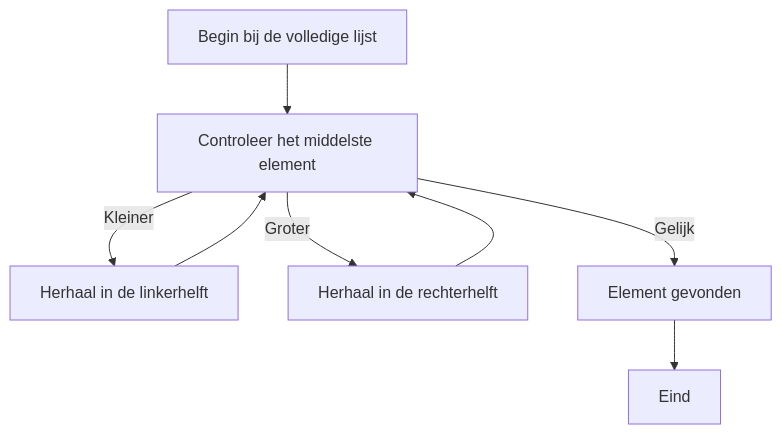
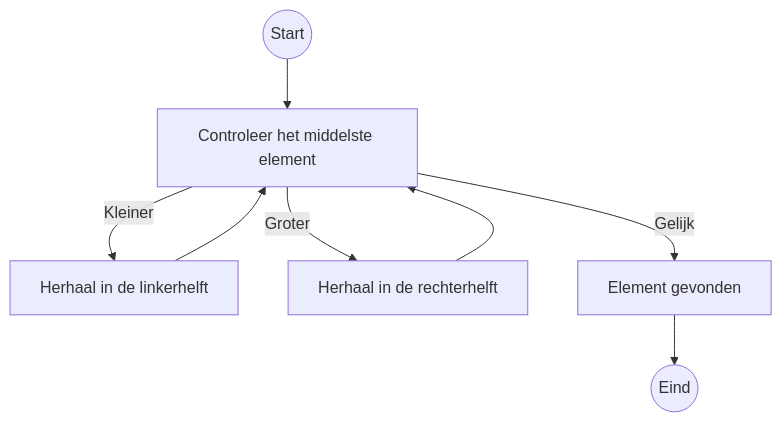
The diagram in H2/H2.md (verwo/algoritmes), drawn with Mermaid before and after one commit.

````diff
--- a/H2/H2.md
+++ b/H2/H2.md
@@ -53,10 +53,10 @@
 ```mermaid
 graph TD;
-    Start[Begin bij de volledige lijst] --> CheckMidden[Controleer het middelste element];
+    Start((Start)) --> CheckMidden[Controleer het middelste element];
     CheckMidden -->|Kleiner| Linkerhelft[Herhaal in de linkerhelft];
     CheckMidden -->|Groter| Rechterhelft[Herhaal in de rechterhelft];
     CheckMidden -->|Gelijk| Gevonden[Element gevonden];
     Linkerhelft --> CheckMidden;
     Rechterhelft --> CheckMidden;
-    Gevonden --> Eind[Eind];
+    Gevonden --> Eind((Eind));
 ```
````
